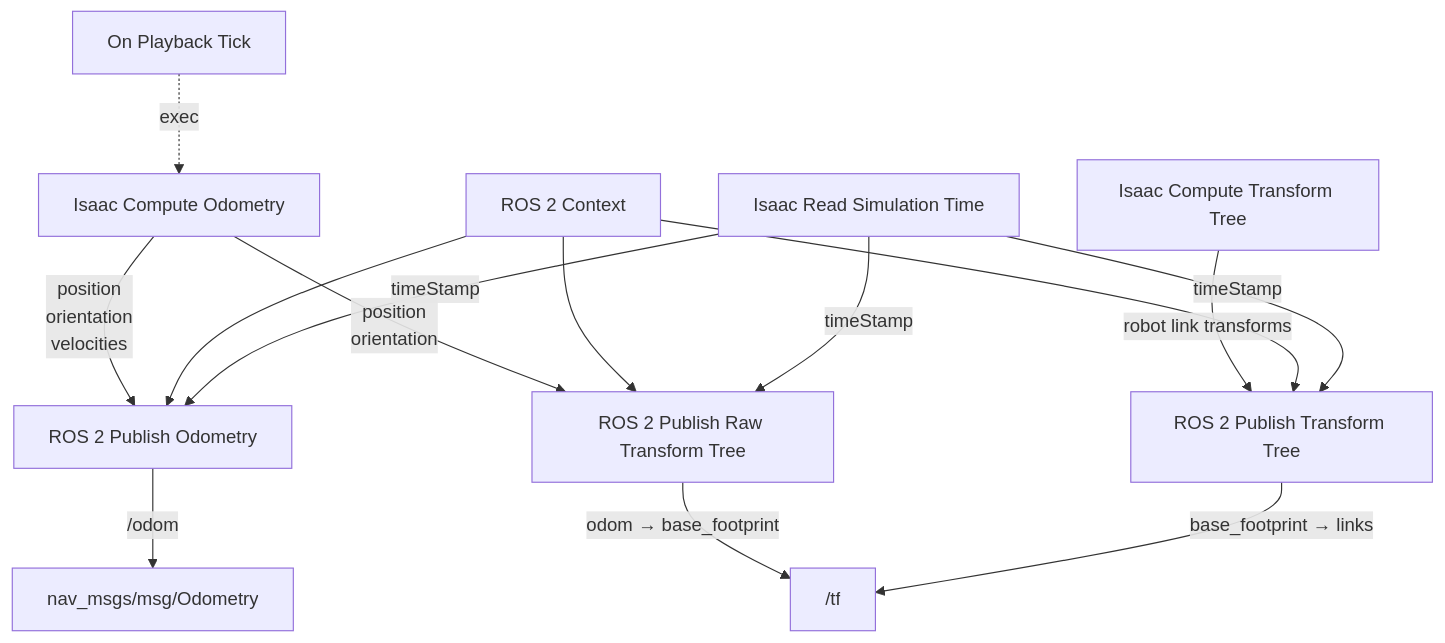
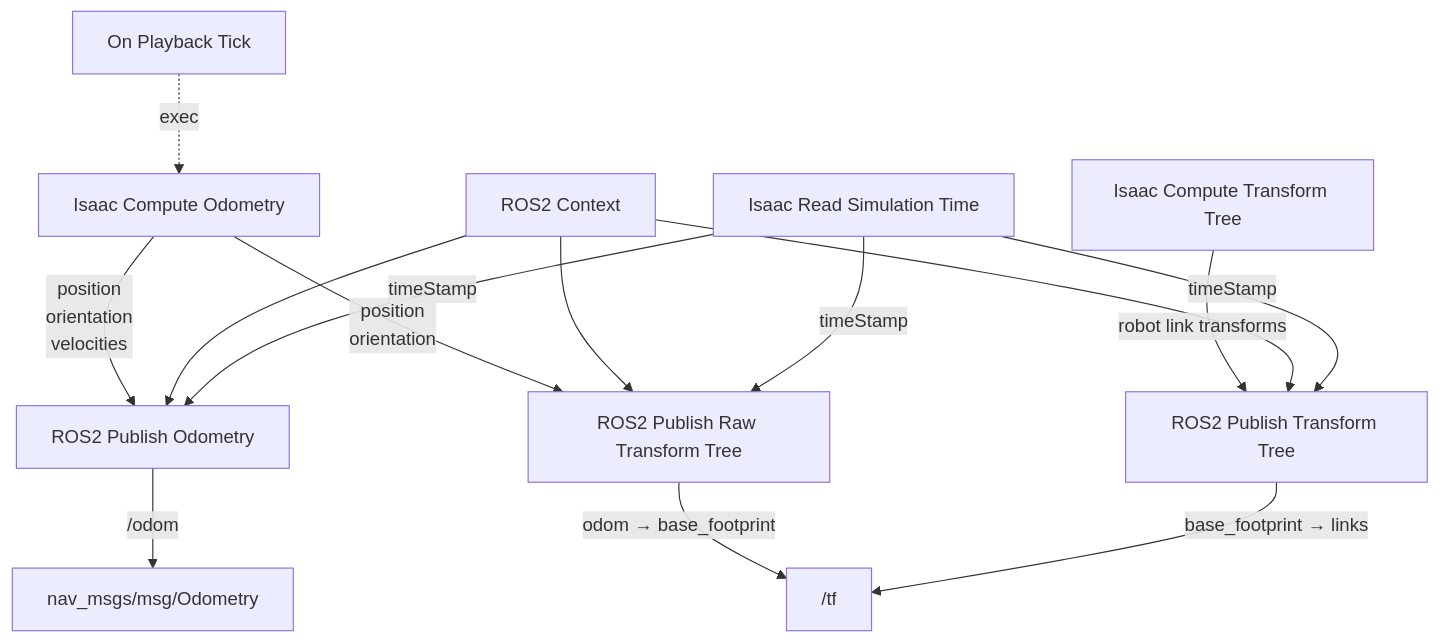
Diagram 11 of 14 in _teaching/Robotics-Systems-I/labs/lab-03-isaac-sim/index.md (Tatwik19/Tatwik19.github.io), drawn with Mermaid before and after one commit. The commit also changed other lines of this file, not shown here.

````diff
--- a/_teaching/Robotics-Systems-I/labs/lab-03-isaac-sim/index.md
+++ b/_teaching/Robotics-Systems-I/labs/lab-03-isaac-sim/index.md
@@ -2594,21 +2627,21 @@
 ```mermaid
 flowchart TD
     Tick["On Playback Tick"] -.->|"exec"| ComputeOdom["Isaac Compute Odometry"]
 
-    ComputeOdom -->|"position<br/>orientation<br/>velocities"| Odom["ROS 2 Publish Odometry"]
-    ComputeOdom -->|"position<br/>orientation"| RawTF["ROS 2 Publish Raw Transform Tree"]
+    ComputeOdom -->|"position<br/>orientation<br/>velocities"| Odom["ROS2 Publish Odometry"]
+    ComputeOdom -->|"position<br/>orientation"| RawTF["ROS2 Publish Raw Transform Tree"]
 
-    ComputeTF["Isaac Compute Transform Tree"] -->|"robot link transforms"| LinkTF["ROS 2 Publish Transform Tree"]
+    ComputeTF["Isaac Compute Transform Tree"] -->|"robot link transforms"| LinkTF["ROS2 Publish Transform Tree"]
 
     Odom -->|"/odom"| OdomTopic["nav_msgs/msg/Odometry"]
     RawTF -->|"odom → base_footprint"| TF["/tf"]
     LinkTF -->|"base_footprint → links"| TF
 
-    Context["ROS 2 Context"] --> Odom
+    Context["ROS2 Context"] --> Odom
     Context --> RawTF
     Context --> LinkTF
 
     Time["Isaac Read Simulation Time"] -->|"timeStamp"| Odom
     Time -->|"timeStamp"| RawTF
     Time -->|"timeStamp"| LinkTF
 ```
````
